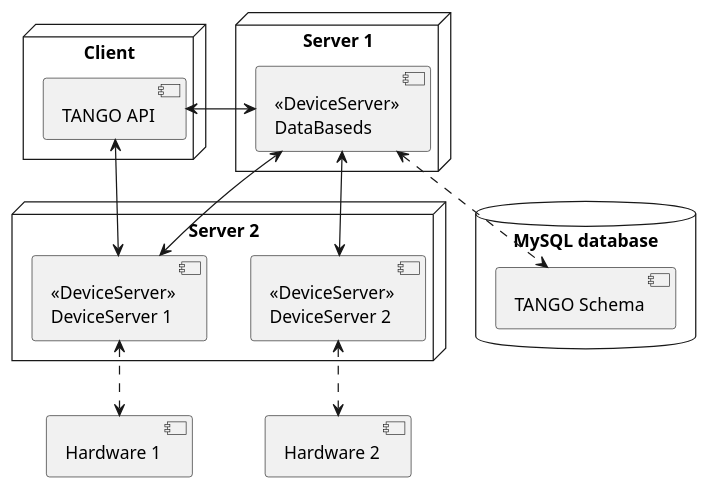
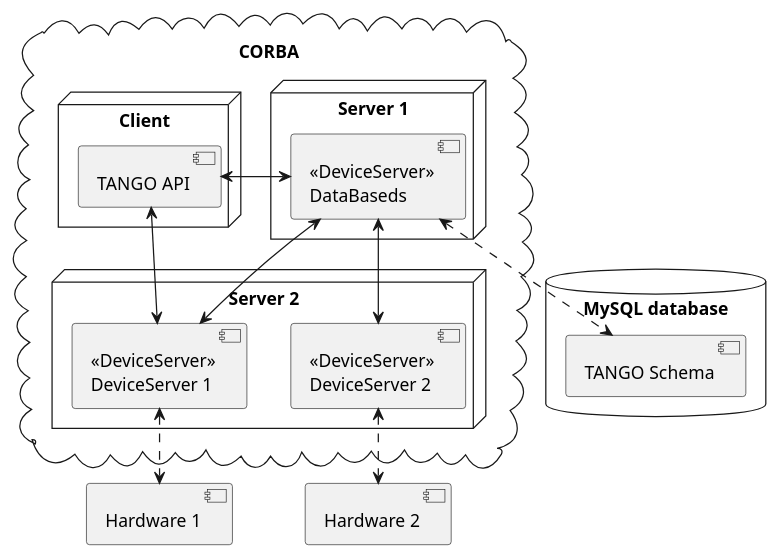
The diagram in presentations/defense/images/01-tango-architecture.pu (mliszcz/msc-thesis), drawn with PlantUML before and after one commit. The commit also changed 2 other files, not shown here.

```diff
--- a/presentations/defense/images/01-tango-architecture.pu
+++ b/presentations/defense/images/01-tango-architecture.pu
@@ -1,37 +1,41 @@
 @startuml
+
+cloud "CORBA" {
 
 node "Server 1" {
   component "<<DeviceServer>>\nDataBaseds" as DBDS
 '  component "<<DeviceServer>>\nTangoAccessControl" as TAC
 }
 
 node "Server 2" {
   component "<<DeviceServer>>\nDeviceServer 1" as DS1
   component "<<DeviceServer>>\nDeviceServer 2" as DS2
 }
 
+node "Client" {
+  component "TANGO API" as DP
+}
+
+}
+
 database "MySQL database" {
   component "TANGO Schema" as DB
-}
-
-node "Client" {
-  component "TANGO API" as DP
 }
 
 component "Hardware 1" as HW1
 component "Hardware 2" as HW2
 
 HW1 <.u.> DS1
 HW2 <.u.> DS2
 
 DS1 <-u-> DBDS
 DS2 <-u-> DBDS
 
 DBDS <.d.> DB
 ' TAC  <.> DB
 
 DP <-> DBDS
 ' DP <-> TAC
 DP <-> DS1
 
 @enduml
```
